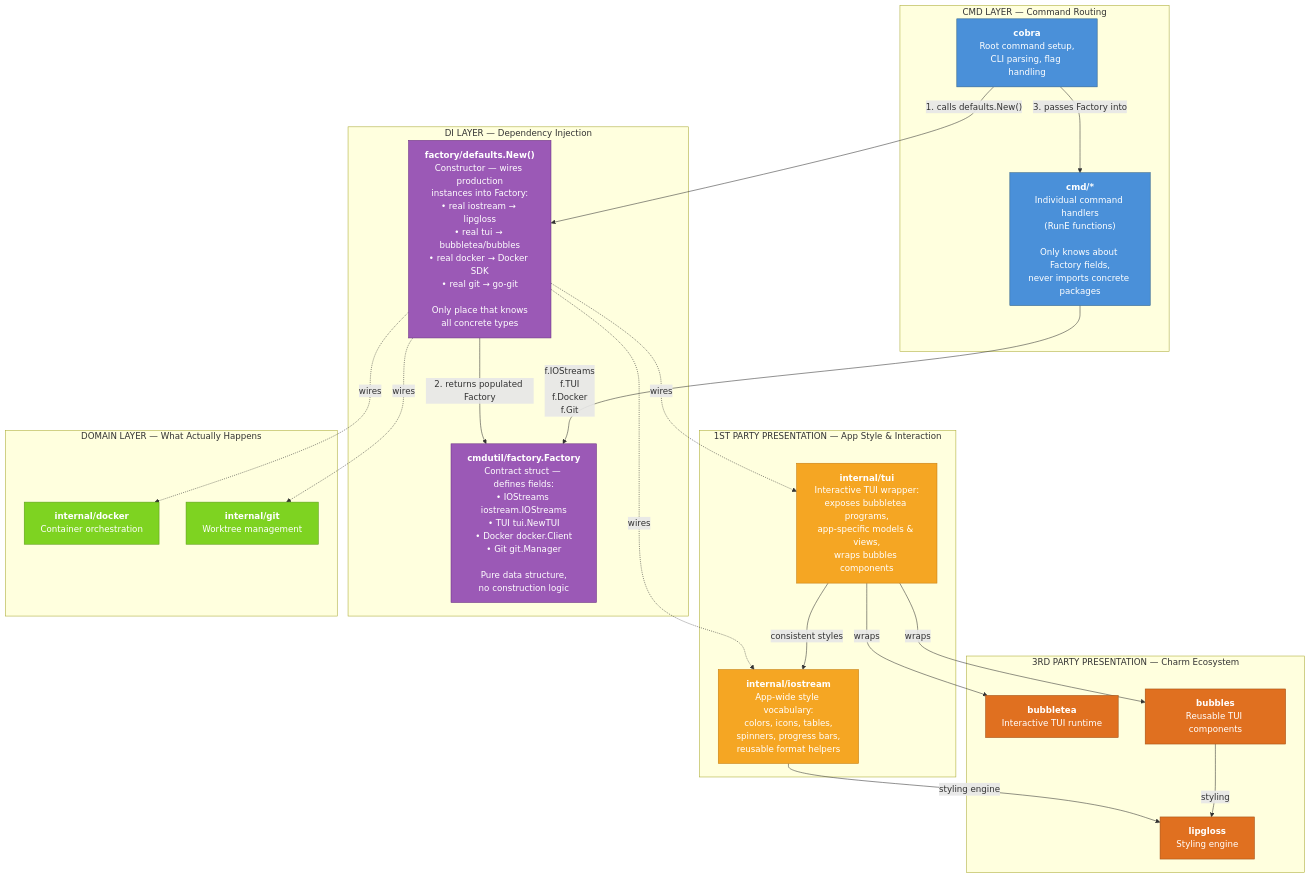
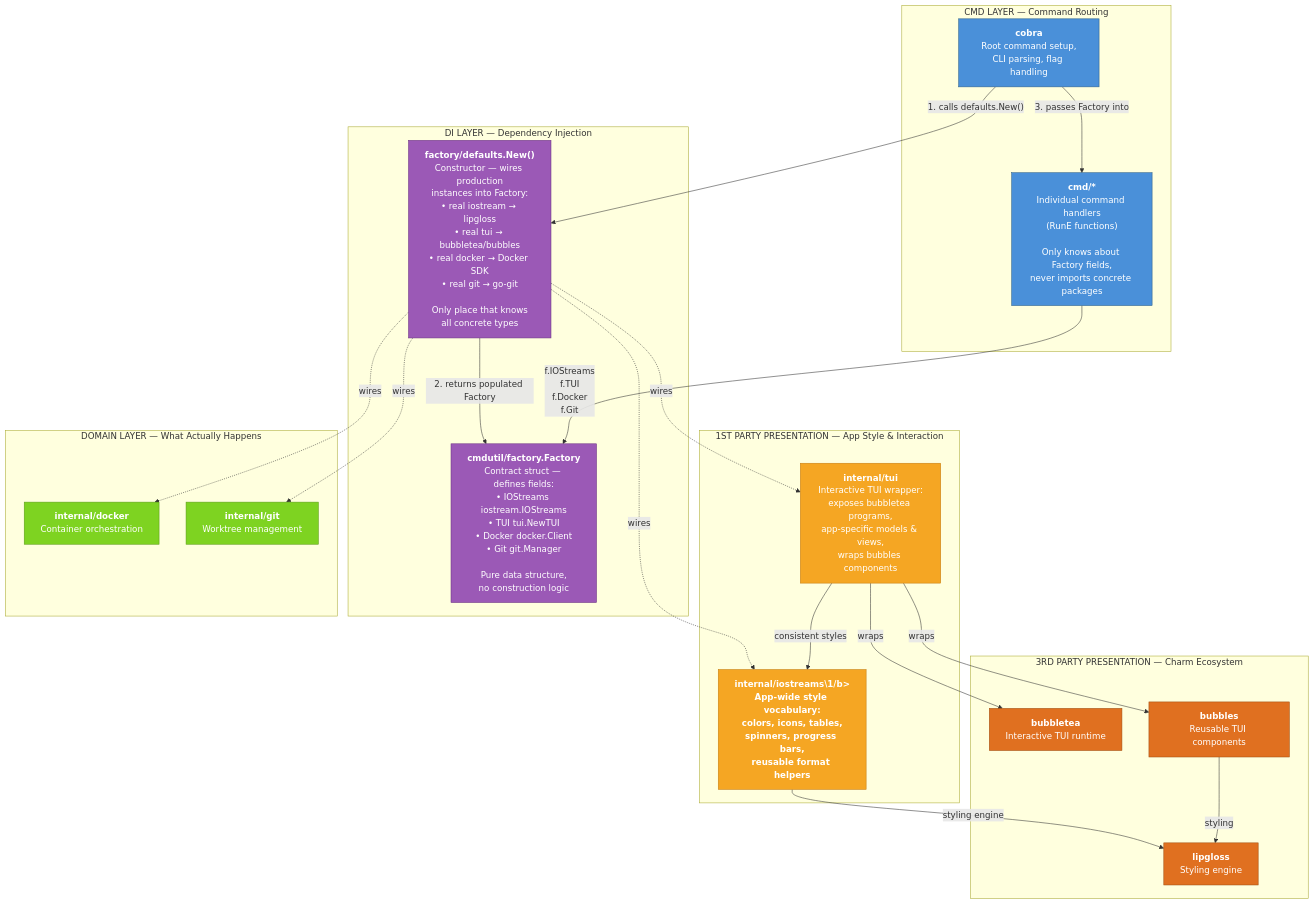
One commit to schmitthub/clawker changed the diagram in .serena/memories/PRESENTATION-LAYER-DESIGN.md. Above: the diagram before and after it, drawn with Mermaid. The commit also changed 16 other files, not shown here.

````diff
--- a/.serena/memories/PRESENTATION-LAYER-DESIGN.md
+++ b/.serena/memories/PRESENTATION-LAYER-DESIGN.md
@@ -3,67 +3,67 @@
 ```mermaid
 graph TD
     subgraph "CMD LAYER — Command Routing"
         COBRA["<b>cobra</b><br/>Root command setup,<br/>CLI parsing, flag handling"]
 
         COMMANDS["<b>cmd/*</b><br/>Individual command handlers<br/>(RunE functions)<br/><br/>Only knows about Factory fields,<br/>never imports concrete packages"]
     end
 
     subgraph "DI LAYER — Dependency Injection"
         FACTORY["<b>cmdutil/factory.Factory</b><br/>Contract struct — defines fields:<br/>• IOStreams iostream.IOStreams<br/>• TUI tui.NewTUI<br/>• Docker docker.Client<br/>• Git git.Manager<br/><br/>Pure data structure,<br/>no construction logic"]
 
         DEFAULTS["<b>factory/defaults.New()</b><br/>Constructor — wires production<br/>instances into Factory:<br/>• real iostream → lipgloss<br/>• real tui → bubbletea/bubbles<br/>• real docker → Docker SDK<br/>• real git → go-git<br/><br/>Only place that knows<br/>all concrete types"]
     end
 
     subgraph "1ST PARTY PRESENTATION — App Style & Interaction"
-        IOSTREAM["<b>internal/iostream</b><br/>App-wide style vocabulary:<br/>colors, icons, tables,<br/>spinners, progress bars,<br/>reusable format helpers"]
+        IOSTREAM["<b>internal/iostreams\1/b><br/>App-wide style vocabulary:<br/>colors, icons, tables,<br/>spinners, progress bars,<br/>reusable format helpers"]
 
         TUI["<b>internal/tui</b><br/>Interactive TUI wrapper:<br/>exposes bubbletea programs,<br/>app-specific models & views,<br/>wraps bubbles components"]
     end
 
     subgraph "3RD PARTY PRESENTATION — Charm Ecosystem"
         LIPGLOSS["<b>lipgloss</b><br/>Styling engine"]
 
         BUBBLETEA["<b>bubbletea</b><br/>Interactive TUI runtime"]
 
         BUBBLES["<b>bubbles</b><br/>Reusable TUI components"]
     end
 
     subgraph "DOMAIN LAYER — What Actually Happens"
         DOCKER["<b>internal/docker</b><br/>Container orchestration"]
         GIT["<b>internal/git</b><br/>Worktree management"]
     end
 
     %% App init: cobra calls New(), gets factory, passes to commands
     COBRA -- "1. calls defaults.New()" --> DEFAULTS
     DEFAULTS -- "2. returns populated Factory" --> FACTORY
     COBRA -- "3. passes Factory into" --> COMMANDS
 
     %% Commands access EVERYTHING through factory fields
     COMMANDS -- "f.IOStreams<br/>f.TUI<br/>f.Docker<br/>f.Git" --> FACTORY
 
     %% defaults.New() is the ONLY thing that knows concrete types
     DEFAULTS -. "wires" .-> IOSTREAM
     DEFAULTS -. "wires" .-> TUI
     DEFAULTS -. "wires" .-> DOCKER
     DEFAULTS -. "wires" .-> GIT
 
     %% Internal wiring within presentation
     TUI -- "wraps" --> BUBBLETEA
     TUI -- "wraps" --> BUBBLES
     TUI -- "consistent styles" --> IOSTREAM
     IOSTREAM -- "styling engine" --> LIPGLOSS
     BUBBLES -- "styling" --> LIPGLOSS
 
     %% Styling
     classDef cmd fill:#4a90d9,stroke:#2c5f8a,color:#fff
     classDef factory fill:#9b59b6,stroke:#6c3483,color:#fff
     classDef firstParty fill:#f5a623,stroke:#c47d12,color:#fff
     classDef thirdParty fill:#e07020,stroke:#a04d10,color:#fff
     classDef domain fill:#7ed321,stroke:#5a9a18,color:#fff
 
     class COBRA,COMMANDS cmd
     class FACTORY,DEFAULTS factory
     class IOSTREAM,TUI firstParty
     class LIPGLOSS,BUBBLETEA,BUBBLES thirdParty
     class DOCKER,GIT domain
 ```
````
